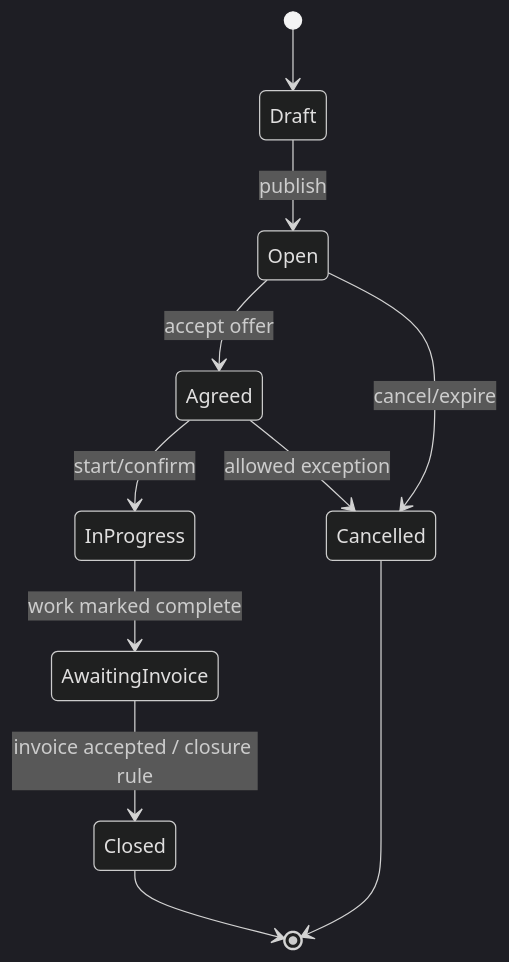
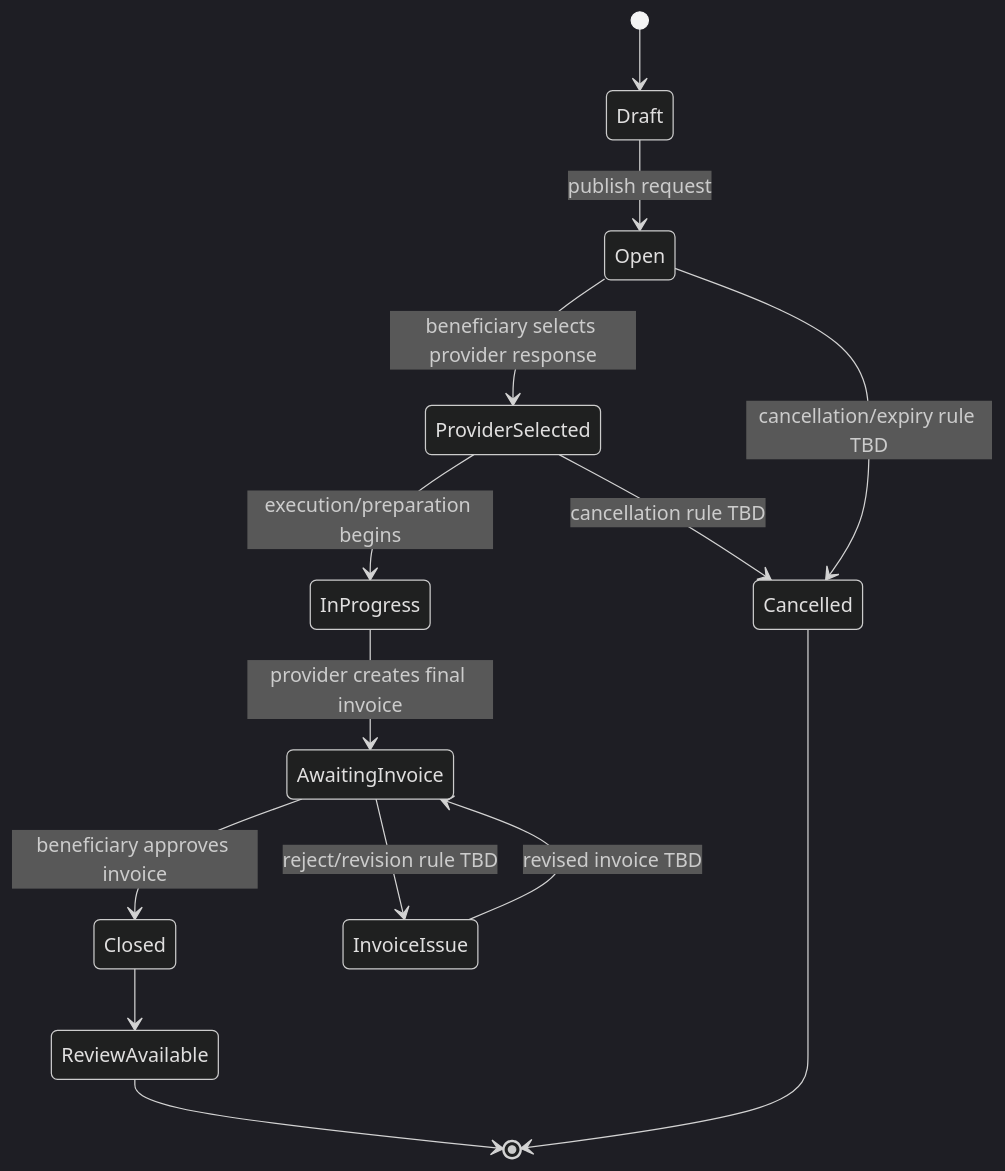
Before and after one commit to Yadd-SanaaUniversityGraduationProject/yadd: the first of 5 diagrams in docs/03-analysis/07-lifecycles.md, drawn with Mermaid (dark theme). The commit also changed other lines of this file and 4 other files, not shown here.

First line of the commit message:
Baseline YADD core marketplace business flow

````diff
--- a/docs/03-analysis/07-lifecycles.md
+++ b/docs/03-analysis/07-lifecycles.md
@@ -9,13 +9,17 @@
 ```mermaid
 stateDiagram-v2
     [*] --> Draft
-    Draft --> Open: publish
-    Open --> Agreed: accept offer
-    Open --> Cancelled: cancel/expire
-    Agreed --> InProgress: start/confirm
-    Agreed --> Cancelled: allowed exception
-    InProgress --> AwaitingInvoice: work marked complete
-    AwaitingInvoice --> Closed: invoice accepted / closure rule
-    Closed --> [*]
+    Draft --> Open: publish request
+    Open --> ProviderSelected: beneficiary selects provider response
+    ProviderSelected --> InProgress: execution/preparation begins
+    InProgress --> AwaitingInvoice: provider creates final invoice
+    AwaitingInvoice --> Closed: beneficiary approves invoice
+    Closed --> ReviewAvailable
+    ReviewAvailable --> [*]
+
+    Open --> Cancelled: cancellation/expiry rule TBD
+    ProviderSelected --> Cancelled: cancellation rule TBD
+    AwaitingInvoice --> InvoiceIssue: reject/revision rule TBD
+    InvoiceIssue --> AwaitingInvoice: revised invoice TBD
     Cancelled --> [*]
 ```
````
